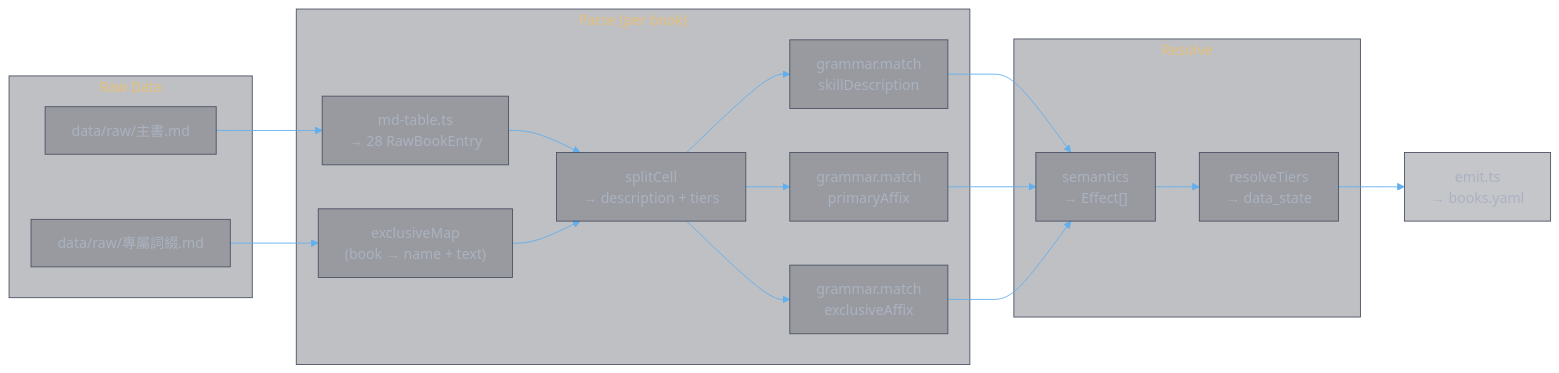
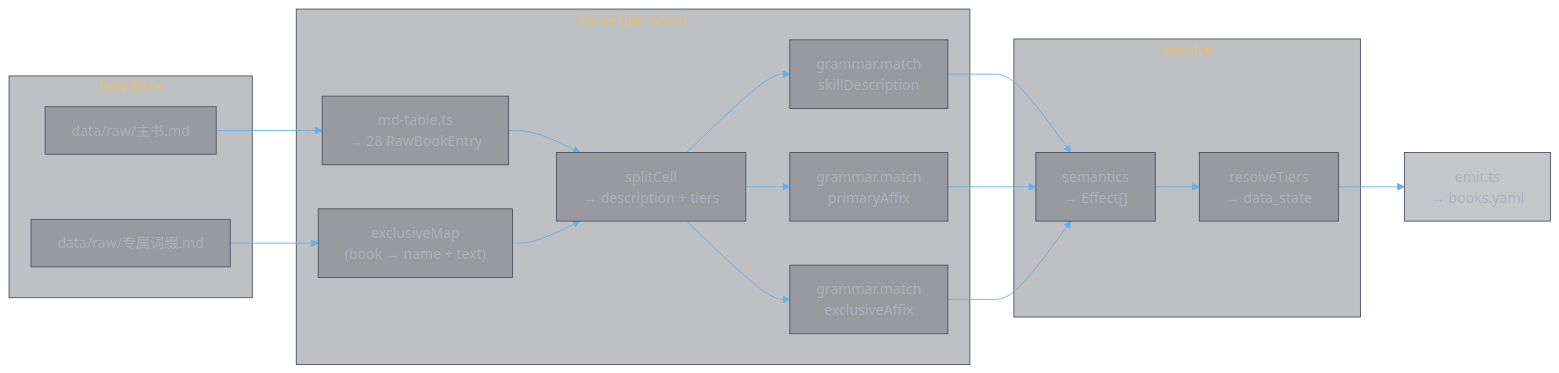
One commit to zhifengzhang-sz/divine-book changed the first of 5 diagrams in docs/parser/workflow.md. Above: the diagram before and after it, drawn with Mermaid. The commit also changed other lines of this file and 87 other files, not shown here.

First line of the commit message:
refactor(schema): Zod-validated effect types replace EffectRow

````diff
--- a/docs/parser/workflow.md
+++ b/docs/parser/workflow.md
@@ -120,27 +120,27 @@
 ```mermaid
 %%{init: {'theme': 'base', 'themeVariables': {'primaryColor': '#3e44514D', 'primaryTextColor': '#abb2bf', 'primaryBorderColor': '#4b5263', 'lineColor': '#61afef', 'secondaryColor': '#2c313a4D', 'secondaryTextColor': '#abb2bf', 'secondaryBorderColor': '#4b5263', 'tertiaryColor': '#282c344D', 'mainBkg': '#3e44514D', 'nodeBorder': '#4b5263', 'clusterBkg': '#2c313a4D', 'clusterBorder': '#4b5263', 'titleColor': '#e5c07b', 'edgeLabelBackground': '#282c34', 'textColor': '#abb2bf', 'background': '#282c34'}}}%%
 flowchart LR
     subgraph "Raw Data"
-        MAIN["data/raw/主書.md"]
-        EXCL["data/raw/專屬詞綴.md"]
+        MAIN["data/raw/主书.md"]
+        EXCL["data/raw/专属词缀.md"]
     end
 
     subgraph "Parse (per book)"
         MAIN --> MDT["md-table.ts<br/>→ 28 RawBookEntry"]
         EXCL --> EMAP["exclusiveMap<br/>(book → name + text)"]
         MDT --> SPLIT["splitCell<br/>→ description + tiers"]
         EMAP --> SPLIT
         SPLIT --> SK["grammar.match<br/>skillDescription"]
         SPLIT --> PA["grammar.match<br/>primaryAffix"]
         SPLIT --> EA["grammar.match<br/>exclusiveAffix"]
     end
 
     subgraph "Resolve"
         SK --> SEM["semantics<br/>→ Effect[]"]
         PA --> SEM
         EA --> SEM
         SEM --> TIERS["resolveTiers<br/>→ data_state"]
     end
 
     TIERS --> EMIT["emit.ts<br/>→ books.yaml"]
 ```
````
